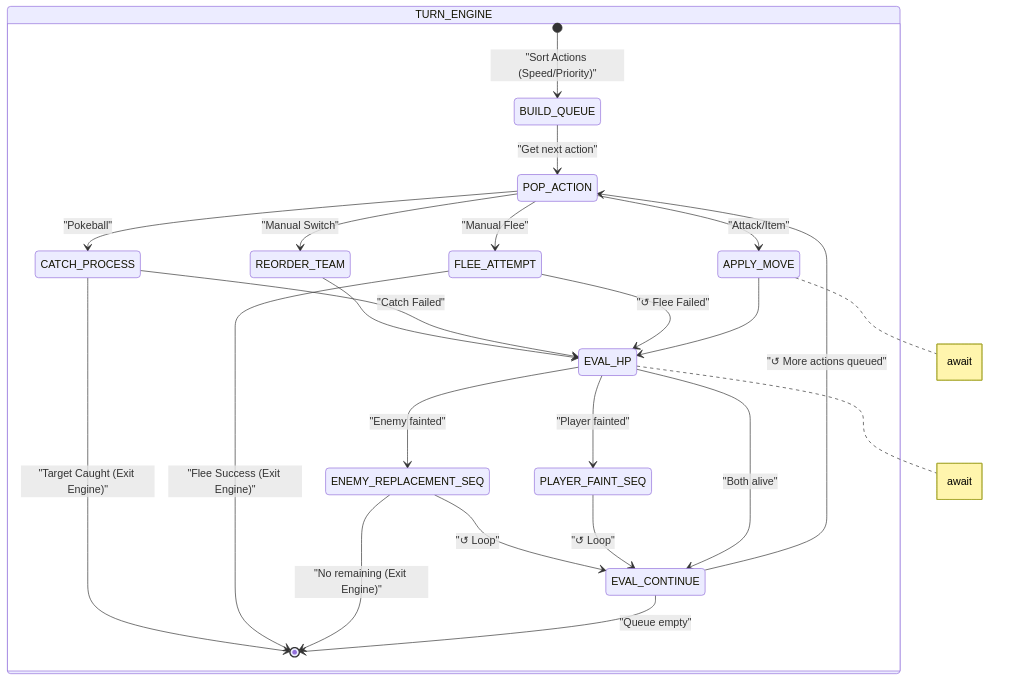
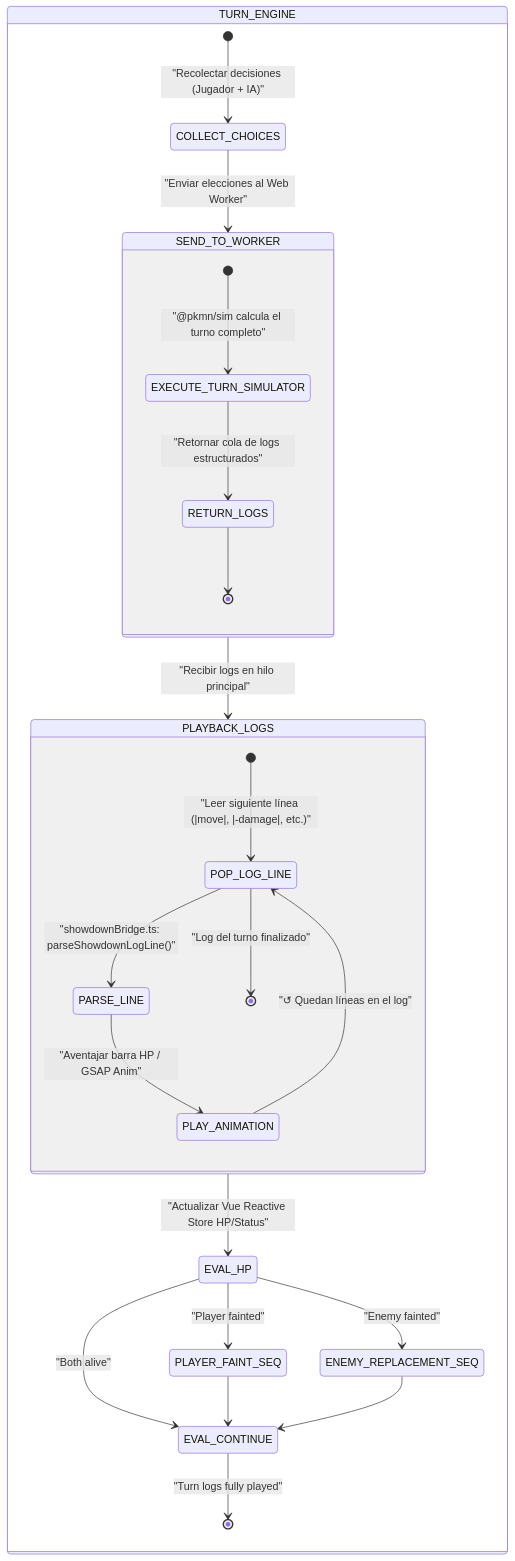
One commit to Darkham77/PokeBorrador changed the fifth of 18 diagrams in .agents/skills/project-standards/references/battle/battle_mechanics_manual.md. Above: the diagram before and after it, drawn with Mermaid. The commit also changed other lines of this file and 80 other files, not shown here.

First line of the commit message:
feat(battle): refactor battle calculations, weather modifiers, status conditions, and show real-time stat buff indicators on move cards

````diff
--- a/.agents/skills/project-standards/references/battle/battle_mechanics_manual.md
+++ b/.agents/skills/project-standards/references/battle/battle_mechanics_manual.md
@@ -518,37 +518,36 @@
 ```mermaid
 stateDiagram-v2
     state TURN_ENGINE {
-        [*] --> BUILD_QUEUE: "Sort Actions (Speed/Priority)"
-        BUILD_QUEUE --> POP_ACTION: "Get next action"
+        [*] --> COLLECT_CHOICES: "Recolectar decisiones (Jugador + IA)"
+        COLLECT_CHOICES --> SEND_TO_WORKER: "Enviar elecciones al Web Worker"
+        
+        state SEND_TO_WORKER {
+            [*] --> EXECUTE_TURN_SIMULATOR: "@pkmn/sim calcula el turno completo"
+            EXECUTE_TURN_SIMULATOR --> RETURN_LOGS: "Retornar cola de logs estructurados"
+            RETURN_LOGS --> [*]
+        }
 
-        POP_ACTION --> REORDER_TEAM: "Manual Switch"
-        POP_ACTION --> CATCH_PROCESS: "Pokeball"
-        POP_ACTION --> FLEE_ATTEMPT: "Manual Flee"
-        POP_ACTION --> APPLY_MOVE: "Attack/Item"
+        SEND_TO_WORKER --> PLAYBACK_LOGS: "Recibir logs en hilo principal"
 
-        REORDER_TEAM --> EVAL_HP
-        CATCH_PROCESS --> EVAL_HP: "Catch Failed"
-        FLEE_ATTEMPT --> EVAL_HP: "↺ Flee Failed"
-        APPLY_MOVE --> EVAL_HP
+        state PLAYBACK_LOGS {
+            [*] --> POP_LOG_LINE: "Leer siguiente línea (|move|, |-damage|, etc.)"
+            POP_LOG_LINE --> PARSE_LINE: "showdownBridge.ts: parseShowdownLogLine()"
+            PARSE_LINE --> PLAY_ANIMATION: "Aventajar barra HP / GSAP Anim"
+            PLAY_ANIMATION --> POP_LOG_LINE: "↺ Quedan líneas en el log"
+            POP_LOG_LINE --> [*]: "Log del turno finalizado"
+        }
 
-        CATCH_PROCESS --> [*]: "Target Caught (Exit Engine)"
-        FLEE_ATTEMPT --> [*]: "Flee Success (Exit Engine)"
+        PLAYBACK_LOGS --> EVAL_HP: "Actualizar Vue Reactive Store HP/Status"
 
         state EVAL_HP <<choice>>
-        EVAL_HP --> PLAYER_FAINT_SEQ: "Player fainted"
-        EVAL_HP --> ENEMY_REPLACEMENT_SEQ: "Enemy fainted"
+        EVAL_HP --> PLAYER_FAINT_SEQ : "Player fainted"
+        EVAL_HP --> ENEMY_REPLACEMENT_SEQ : "Enemy fainted"
+        EVAL_HP --> EVAL_CONTINUE : "Both alive"
 
-        ENEMY_REPLACEMENT_SEQ --> EVAL_CONTINUE: "↺ Loop"
-        PLAYER_FAINT_SEQ --> EVAL_CONTINUE : "↺ Loop"
-        ENEMY_REPLACEMENT_SEQ --> [*]: "No remaining (Exit Engine)"
-
-        EVAL_HP --> EVAL_CONTINUE: "Both alive"
+        PLAYER_FAINT_SEQ --> EVAL_CONTINUE
+        ENEMY_REPLACEMENT_SEQ --> EVAL_CONTINUE
 
         state EVAL_CONTINUE <<choice>>
-        EVAL_CONTINUE --> POP_ACTION: "↺ More actions queued"
-        EVAL_CONTINUE --> [*]: "Queue empty"
-
-        note right of APPLY_MOVE: await
-        note right of EVAL_HP: await
+        EVAL_CONTINUE --> [*] : "Turn logs fully played"
     }
 ```
````
